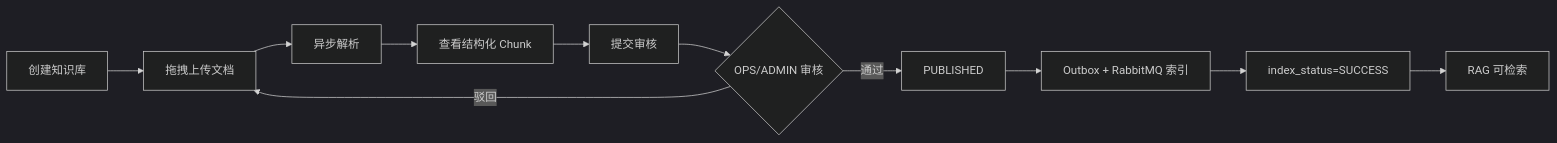
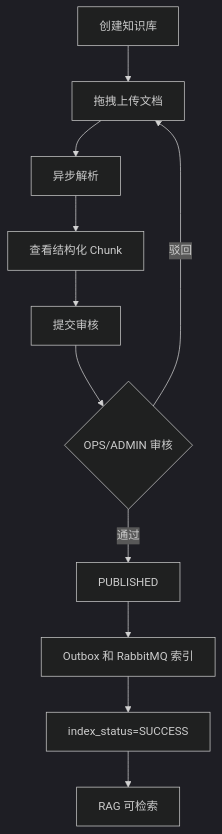
One commit to djyking/opsagent changed the second of 5 diagrams in opsAgent使用文档.md. Above: the diagram before and after it, drawn with Mermaid (dark theme). The commit also changed other lines of this file and 157 other files, not shown here.

````diff
--- a/opsAgent使用文档.md
+++ b/opsAgent使用文档.md
@@ -378,13 +393,13 @@
 ```mermaid
-flowchart LR
+flowchart TD
     A[创建知识库] --> B[拖拽上传文档]
     B --> C[异步解析]
     C --> D[查看结构化 Chunk]
     D --> E[提交审核]
     E --> F{OPS/ADMIN 审核}
     F -->|驳回| B
     F -->|通过| G[PUBLISHED]
-    G --> H[Outbox + RabbitMQ 索引]
+    G --> H[Outbox 和 RabbitMQ 索引]
     H --> I[index_status=SUCCESS]
     I --> J[RAG 可检索]
 ```
````
